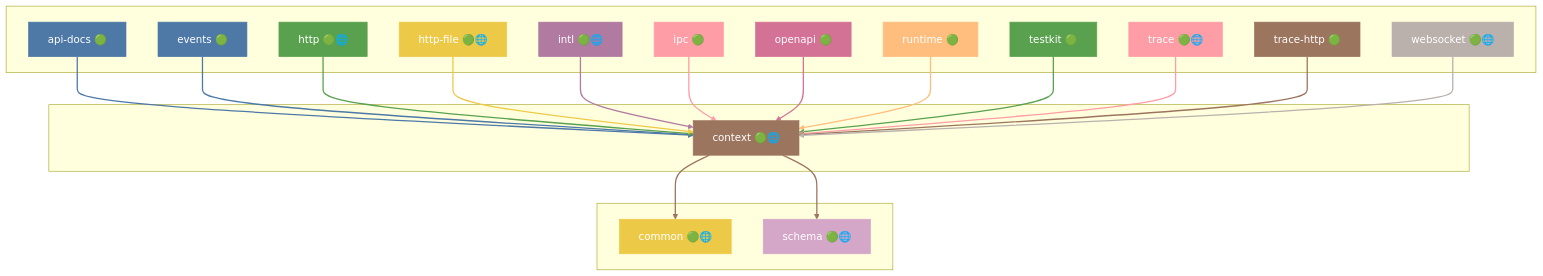
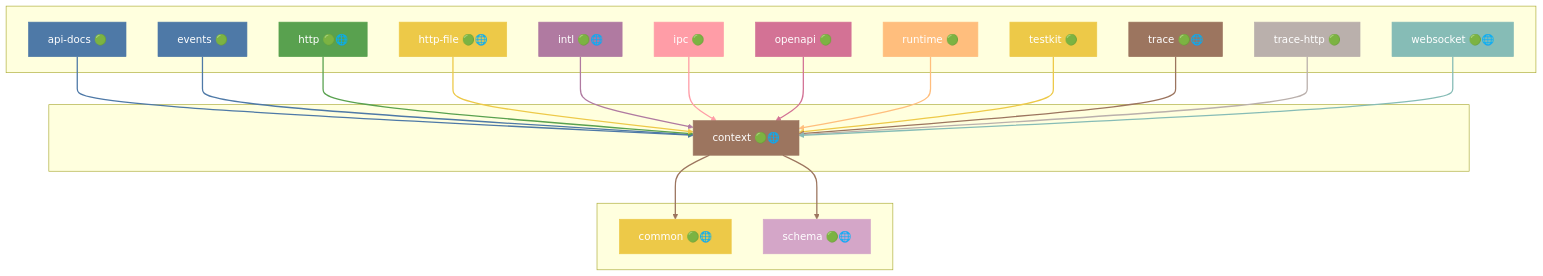
One commit to grest-ts/grest-ts changed the tenth of 48 diagrams in docs/DEPENDENCIES.md. Above: the diagram before and after it, drawn with Mermaid. The commit also changed other lines of this file and 21 other files, not shown here.

````diff
--- a/docs/DEPENDENCIES.md
+++ b/docs/DEPENDENCIES.md
@@ -733,67 +747,67 @@
 ```mermaid
 flowchart TB
     subgraph Dependents[" "]
         api-docs["api-docs 🟢"]
         events["events 🟢"]
         http["http 🟢🌐"]
         http-file["http-file 🟢🌐"]
         intl["intl 🟢🌐"]
         ipc["ipc 🟢"]
         openapi["openapi 🟢"]
         runtime["runtime 🟢"]
         testkit["testkit 🟢"]
         trace["trace 🟢🌐"]
         trace-http["trace-http 🟢"]
         websocket["websocket 🟢🌐"]
     end
     subgraph Package[" "]
         context["context 🟢🌐"]
     end
     subgraph Dependencies[" "]
         common["common 🟢🌐"]
         schema["schema 🟢🌐"]
     end
     api-docs --> context
     events --> context
     http --> context
     http-file --> context
     intl --> context
     ipc --> context
     openapi --> context
     runtime --> context
     testkit --> context
     trace --> context
     trace-http --> context
     websocket --> context
     context --> common
     context --> schema
     style context fill:#9C755F,stroke:#9C755F,color:#fff
     style api-docs fill:#4E79A7,stroke:#4E79A7,color:#fff
     style events fill:#4E79A7,stroke:#4E79A7,color:#fff
     style http fill:#59A14F,stroke:#59A14F,color:#fff
     style http-file fill:#EDC948,stroke:#EDC948,color:#fff
     style intl fill:#B07AA1,stroke:#B07AA1,color:#fff
     style ipc fill:#FF9DA7,stroke:#FF9DA7,color:#fff
     style openapi fill:#D37295,stroke:#D37295,color:#fff
     style runtime fill:#FFBE7D,stroke:#FFBE7D,color:#fff
-    style testkit fill:#59A14F,stroke:#59A14F,color:#fff
-    style trace fill:#FF9DA7,stroke:#FF9DA7,color:#fff
-    style trace-http fill:#9C755F,stroke:#9C755F,color:#fff
-    style websocket fill:#BAB0AC,stroke:#BAB0AC,color:#fff
+    style testkit fill:#EDC948,stroke:#EDC948,color:#fff
+    style trace fill:#9C755F,stroke:#9C755F,color:#fff
+    style trace-http fill:#BAB0AC,stroke:#BAB0AC,color:#fff
+    style websocket fill:#86BCB6,stroke:#86BCB6,color:#fff
     style common fill:#EDC948,stroke:#EDC948,color:#fff
     style schema fill:#D4A6C8,stroke:#D4A6C8,color:#fff
     linkStyle 0 stroke:#4E79A7,stroke-width:2px
     linkStyle 1 stroke:#4E79A7,stroke-width:2px
     linkStyle 2 stroke:#59A14F,stroke-width:2px
     linkStyle 3 stroke:#EDC948,stroke-width:2px
     linkStyle 4 stroke:#B07AA1,stroke-width:2px
     linkStyle 5 stroke:#FF9DA7,stroke-width:2px
     linkStyle 6 stroke:#D37295,stroke-width:2px
     linkStyle 7 stroke:#FFBE7D,stroke-width:2px
-    linkStyle 8 stroke:#59A14F,stroke-width:2px
-    linkStyle 9 stroke:#FF9DA7,stroke-width:2px
-    linkStyle 10 stroke:#9C755F,stroke-width:2px
-    linkStyle 11 stroke:#BAB0AC,stroke-width:2px
+    linkStyle 8 stroke:#EDC948,stroke-width:2px
+    linkStyle 9 stroke:#9C755F,stroke-width:2px
+    linkStyle 10 stroke:#BAB0AC,stroke-width:2px
+    linkStyle 11 stroke:#86BCB6,stroke-width:2px
     linkStyle 12 stroke:#9C755F,stroke-width:2px
     linkStyle 13 stroke:#9C755F,stroke-width:2px
 ```
````
